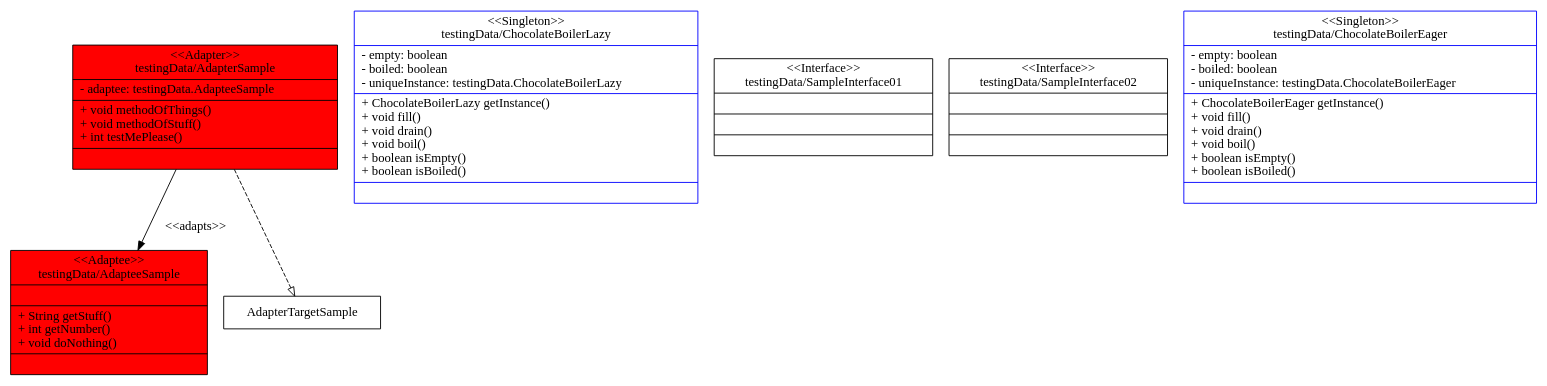
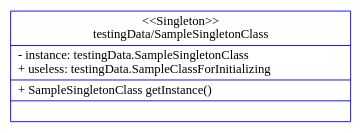
The diagram in input_output/temp.dot (csse374project/project), drawn with Graphviz before and after one commit. The commit also changed 4 other files, not shown here.

```diff
--- a/input_output/temp.dot
+++ b/input_output/temp.dot
@@ -1,62 +1,28 @@
 digraph UML {
 
 	node [
 		shape = "record"
 	]
 
-	AdapterSample [
-		label = "{\<\<Adapter\>\>\ntestingData/AdapterSample|- adaptee: testingData.AdapteeSample\l|+ void methodOfThings()\l+ void methodOfStuff()\l+ int testMePlease()\l|}"
-		style=filled
-		fillcolor=red
-
-	]
-
-	AdapterSample -> AdapteeSample [label = "\<\<adapts\>\>"]
-
-	edge [
-		arrowhead = "empty" style = "dashed"
-	]
-	AdapterSample -> AdapterTargetSample	ChocolateBoilerLazy [
-		label = "{\<\<Singleton\>\>\ntestingData/ChocolateBoilerLazy|- empty: boolean\l- boiled: boolean\l- uniqueInstance: testingData.ChocolateBoilerLazy\l|+ ChocolateBoilerLazy getInstance()\l+ void fill()\l+ void drain()\l+ void boil()\l+ boolean isEmpty()\l+ boolean isBoiled()\l|}"
-		color=blue
-	]
-
-	SampleInterface01 [
-		label = "{\<\<Interface\>\>\ntestingData/SampleInterface01|||}"
-		
-	]
-
-	AdapteeSample [
-		label = "{\<\<Adaptee\>\>\ntestingData/AdapteeSample||+ String getStuff()\l+ int getNumber()\l+ void doNothing()\l|}"
-		style=filled
-		fillcolor=red
-
-	]
-
-	SampleInterface02 [
-		label = "{\<\<Interface\>\>\ntestingData/SampleInterface02|||}"
-		
-	]
-
-	ChocolateBoilerEager [
-		label = "{\<\<Singleton\>\>\ntestingData/ChocolateBoilerEager|- empty: boolean\l- boiled: boolean\l- uniqueInstance: testingData.ChocolateBoilerEager\l|+ ChocolateBoilerEager getInstance()\l+ void fill()\l+ void drain()\l+ void boil()\l+ boolean isEmpty()\l+ boolean isBoiled()\l|}"
+	SampleSingletonClass [
+		label = "{\<\<Singleton\>\>\ntestingData/SampleSingletonClass|- instance: testingData.SampleSingletonClass\l+ useless: testingData.SampleClassForInitializing\l|+ SampleSingletonClass getInstance()\l|}"
 		color=blue
 	]
 
 	edge [
 		arrowhead = "empty"
 	]
 
 	edge [
 		style = "dashed"
 	]
 
 	edge [
 		arrowhead = "normal" style = "solid"
 	]
 
 	edge [
 		arrowhead = "normal" style = "dashed"
 	]
 
 }
```
